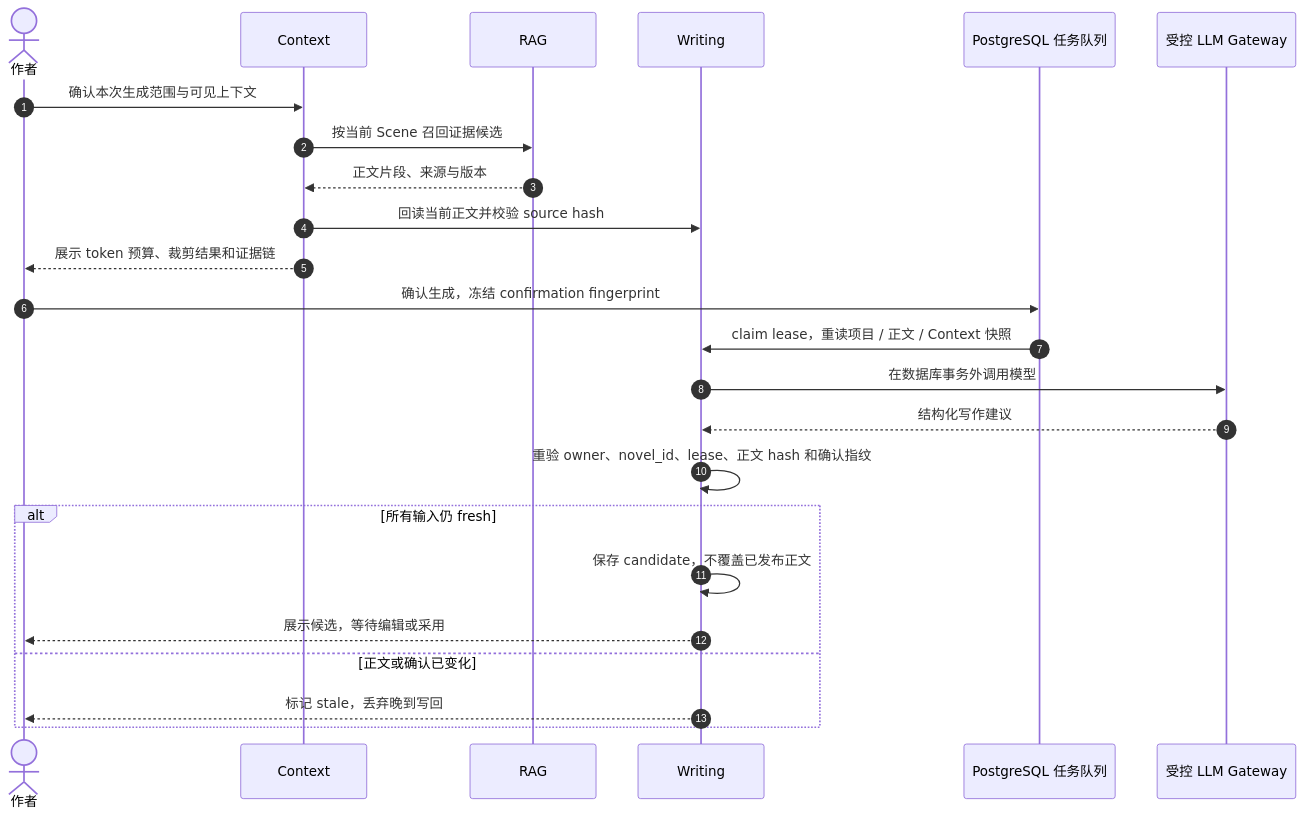
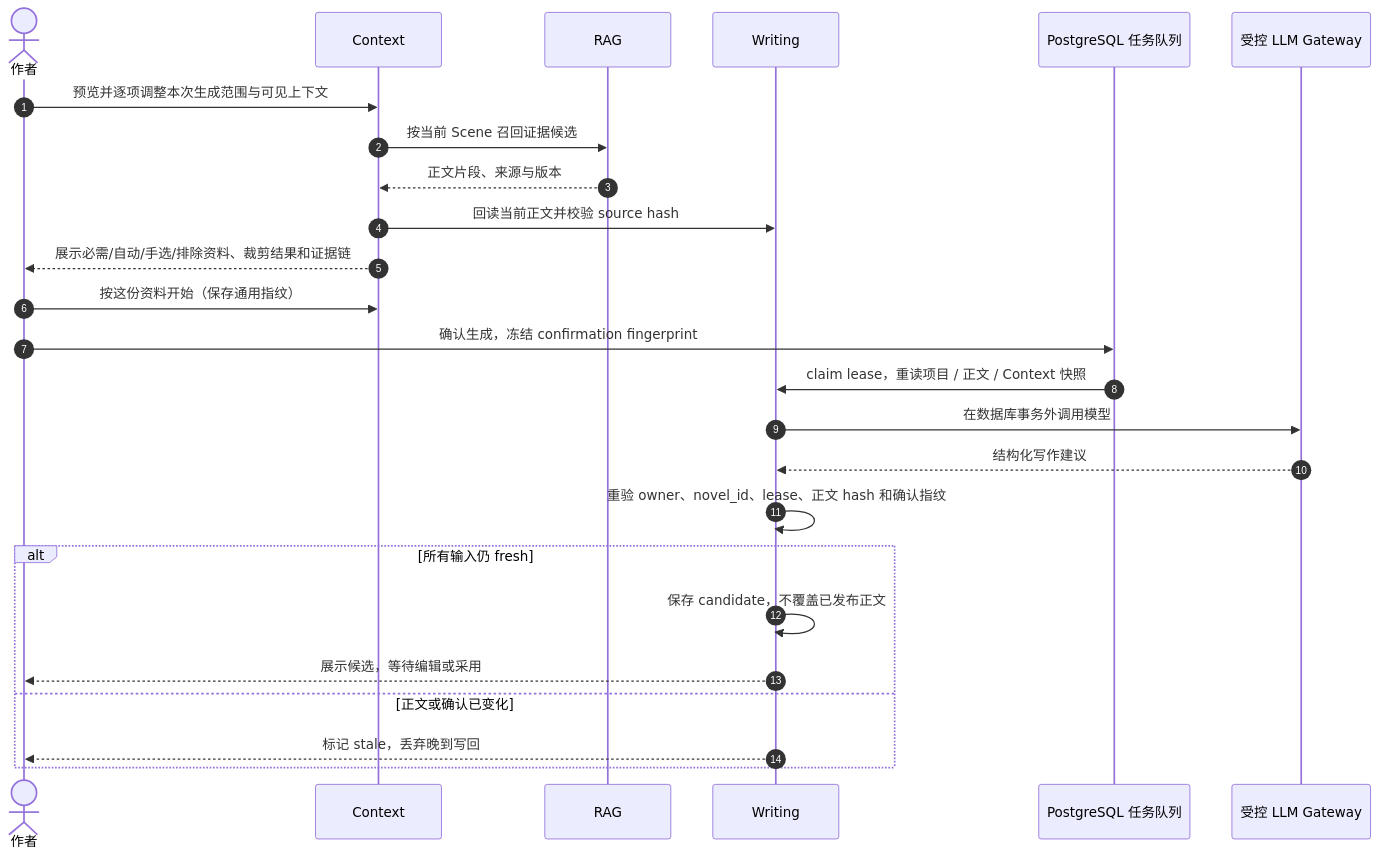
Before and after one commit to FengHuoLinShan/ai-writing-assist: the fifth of 7 diagrams in README.md, drawn with Mermaid. The commit also changed other lines of this file and 103 other files, not shown here.

````diff
--- a/README.md
+++ b/README.md
@@ -287,27 +287,28 @@
 ```mermaid
 sequenceDiagram
     autonumber
     actor Author as 作者
     participant Context as Context
     participant RAG as RAG
     participant Writing as Writing
     participant Queue as PostgreSQL 任务队列
     participant LLM as 受控 LLM Gateway
 
-    Author->>Context: 确认本次生成范围与可见上下文
+    Author->>Context: 预览并逐项调整本次生成范围与可见上下文
     Context->>RAG: 按当前 Scene 召回证据候选
     RAG-->>Context: 正文片段、来源与版本
     Context->>Writing: 回读当前正文并校验 source hash
-    Context-->>Author: 展示 token 预算、裁剪结果和证据链
+    Context-->>Author: 展示必需/自动/手选/排除资料、裁剪结果和证据链
+    Author->>Context: 按这份资料开始（保存通用指纹）
     Author->>Queue: 确认生成，冻结 confirmation fingerprint
     Queue->>Writing: claim lease，重读项目 / 正文 / Context 快照
     Writing->>LLM: 在数据库事务外调用模型
     LLM-->>Writing: 结构化写作建议
     Writing->>Writing: 重验 owner、novel_id、lease、正文 hash 和确认指纹
     alt 所有输入仍 fresh
         Writing->>Writing: 保存 candidate，不覆盖已发布正文
         Writing-->>Author: 展示候选，等待编辑或采用
     else 正文或确认已变化
         Writing-->>Author: 标记 stale，丢弃晚到写回
     end
 ```
````
